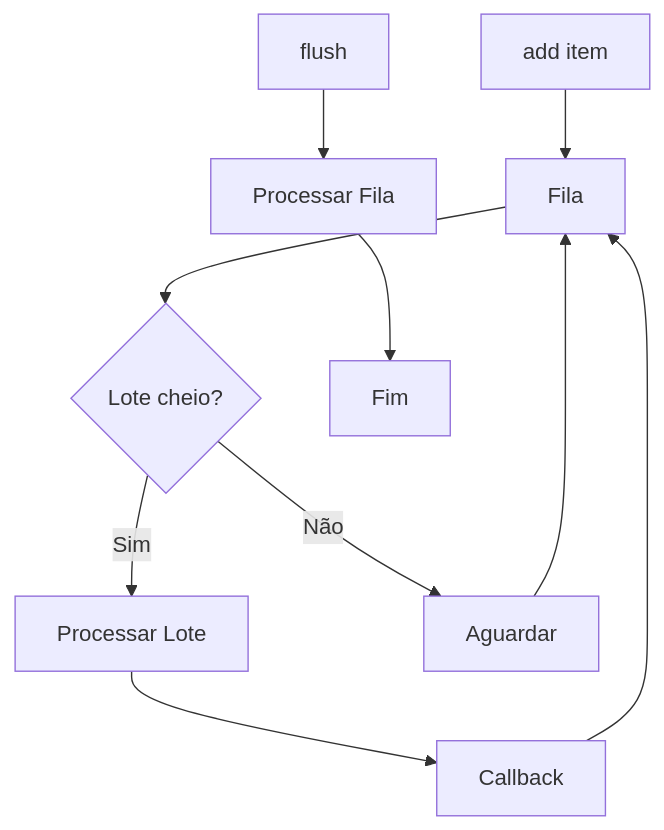
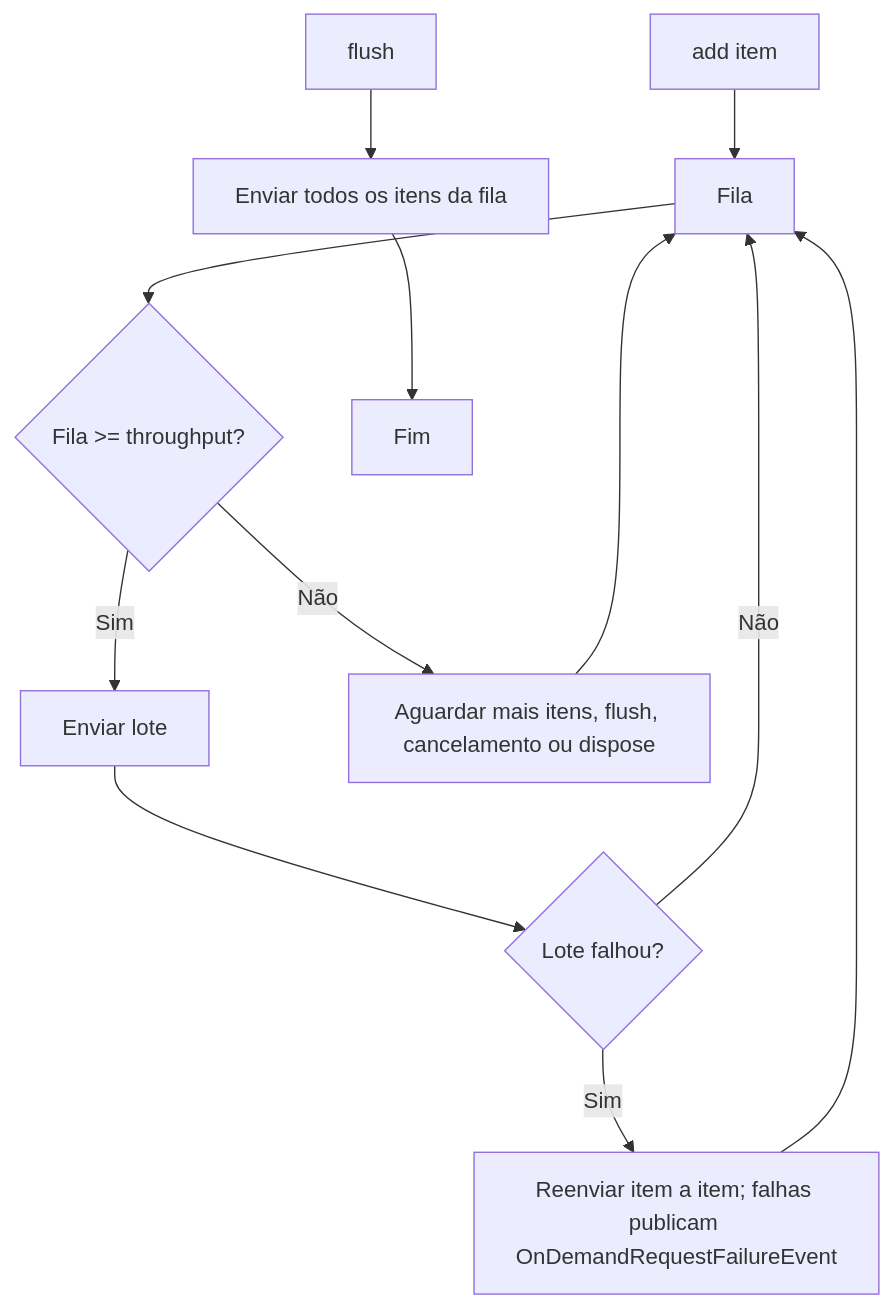
Before and after one commit to ssmvictor/Sankhya-SDK-python: the second of 2 diagrams in docs/api-reference/request-wrappers.md, drawn with Mermaid. The commit also changed other lines of this file, not shown here.

First line of the commit message:
docs(request-wrappers): usar a api real dos wrappers legados

````diff
--- a/docs/api-reference/request-wrappers.md
+++ b/docs/api-reference/request-wrappers.md
@@ -230,12 +356,14 @@
 ```mermaid
 flowchart TD
     A[add item] --> B[Fila]
-    B --> C{Lote cheio?}
-    C -->|Sim| D[Processar Lote]
-    C -->|Não| E[Aguardar]
+    B --> C{Fila >= throughput?}
+    C -->|Sim| D[Enviar lote]
+    C -->|Não| E[Aguardar mais itens, flush, cancelamento ou dispose]
     E --> B
-    D --> F[Callback]
-    F --> B
-    G[flush] --> H[Processar Fila]
-    H --> I[Fim]
+    D --> F{Lote falhou?}
+    F -->|Sim| G[Reenviar item a item; falhas publicam OnDemandRequestFailureEvent]
+    F -->|Não| B
+    G --> B
+    H[flush] --> I[Enviar todos os itens da fila]
+    I --> J[Fim]
 ```
````
